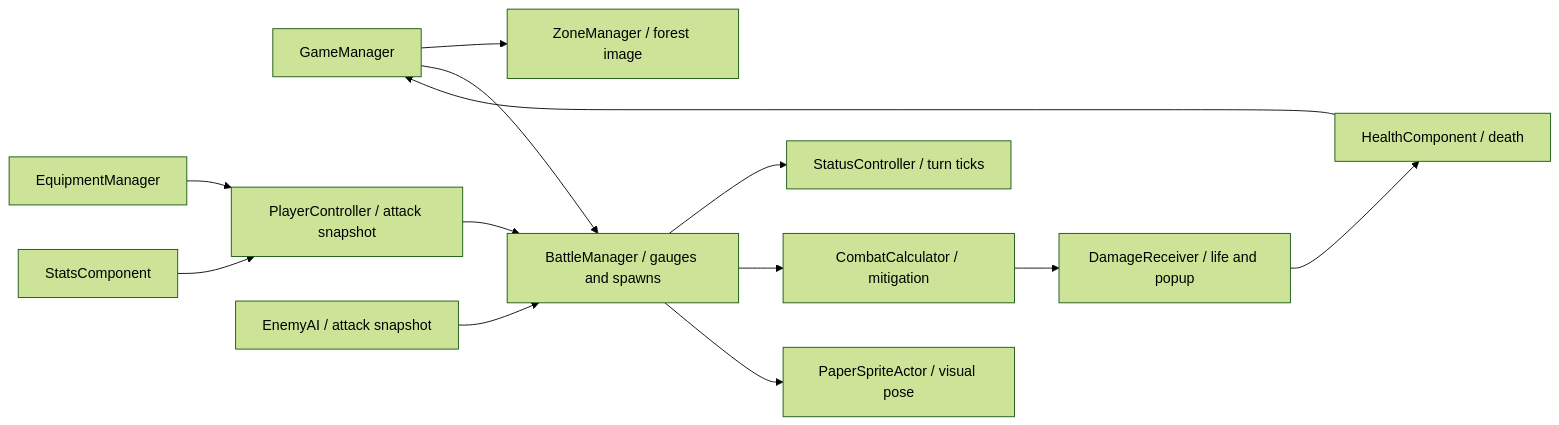
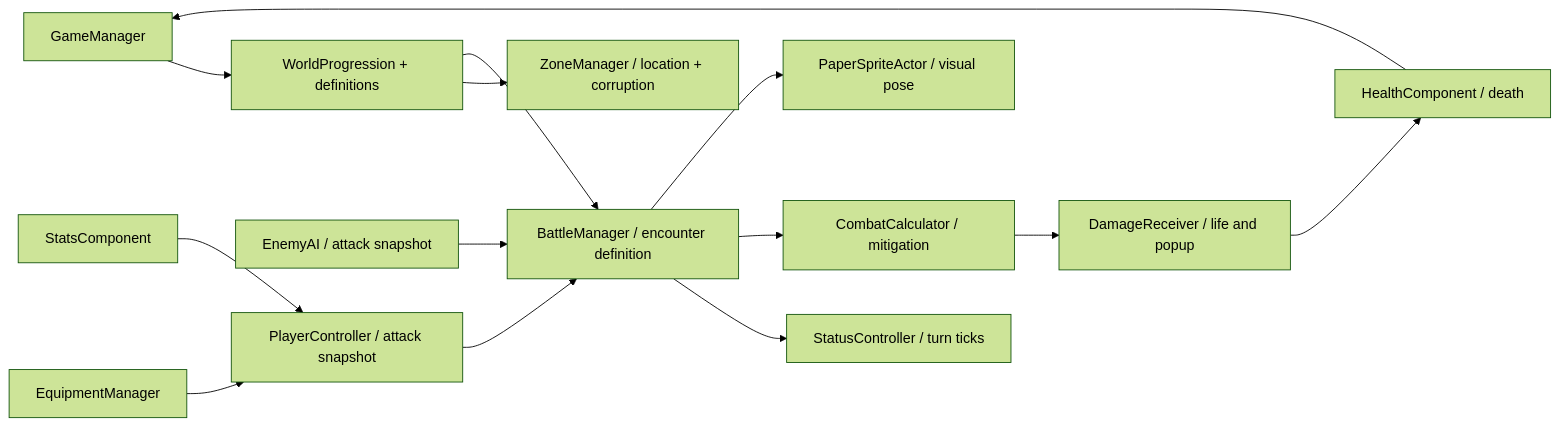
One commit to Damiarz925/Black-Cube changed the diagram in Docs/DEVELOPER_HANDOFF.md. Above: the diagram before and after it, drawn with Mermaid (forest theme). The commit also changed other lines of this file and 5 other files, not shown here.

````diff
--- a/Docs/DEVELOPER_HANDOFF.md
+++ b/Docs/DEVELOPER_HANDOFF.md
@@ -57,15 +58,16 @@
 ```mermaid
 flowchart LR
-  GM[GameManager] --> Z[ZoneManager / forest image]
-  GM --> BM[BattleManager / gauges and spawns]
+  GM[GameManager] --> W[WorldProgression + definitions]
+  W --> Z[ZoneManager / location + corruption]
+  W --> BM[BattleManager / encounter definition]
   EQ[EquipmentManager] --> PC[PlayerController / attack snapshot]
   ST[StatsComponent] --> PC
   PC --> BM
   EA[EnemyAI / attack snapshot] --> BM
   BM --> SC[StatusController / turn ticks]
   BM --> CC[CombatCalculator / mitigation]
   CC --> DR[DamageReceiver / life and popup]
   DR --> HC[HealthComponent / death]
   HC --> GM
   BM --> PA[PaperSpriteActor / visual pose]
 ```
````
